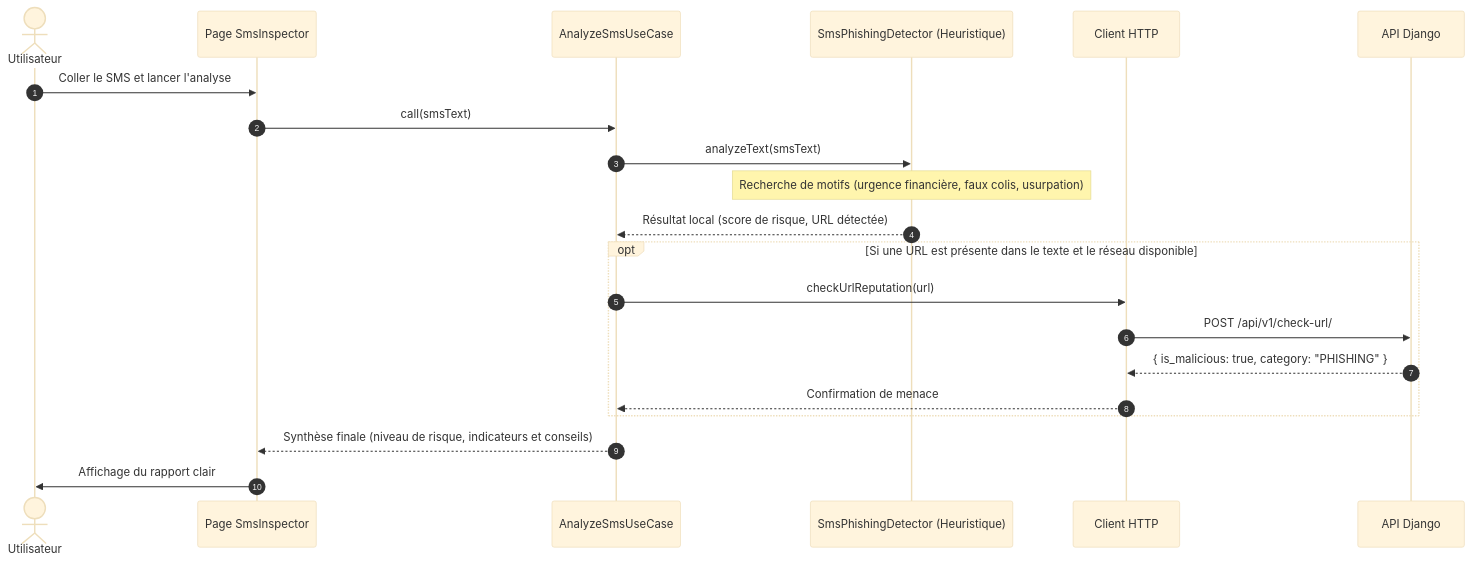
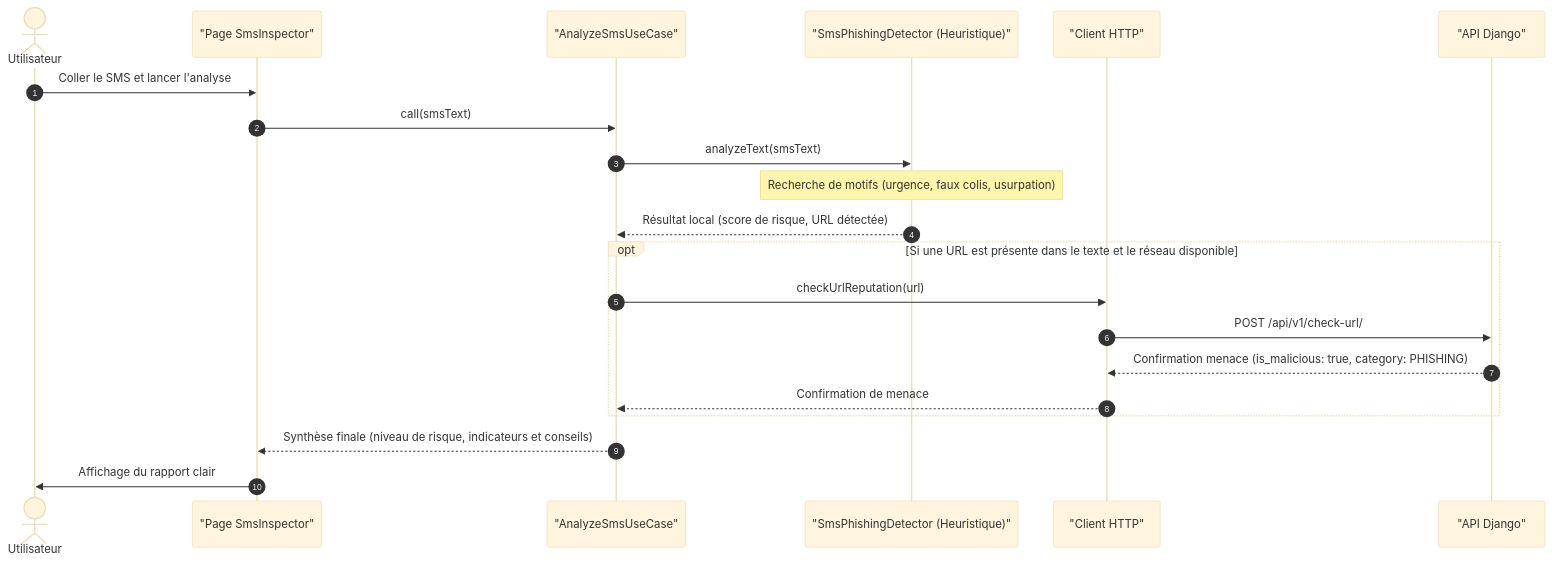
Before and after one commit to fadelilyas01/Projet_Synthese: the sixth of 7 diagrams in docs/ARCHITECTURE_ET_CONCEPTION.md, drawn with Mermaid (base theme). The commit also changed other lines of this file and 19 other files, not shown here.

````diff
--- a/docs/ARCHITECTURE_ET_CONCEPTION.md
+++ b/docs/ARCHITECTURE_ET_CONCEPTION.md
@@ -334,27 +337,27 @@
 ```mermaid
 sequenceDiagram
     autonumber
     actor Utilisateur as Utilisateur
-    participant UI as Page SmsInspector
-    participant UseCase as AnalyzeSmsUseCase
-    participant Detector as SmsPhishingDetector (Heuristique)
-    participant ApiService as Client HTTP
-    participant Backend as API Django
+    participant UI as "Page SmsInspector"
+    participant UseCase as "AnalyzeSmsUseCase"
+    participant Detector as "SmsPhishingDetector (Heuristique)"
+    participant ApiService as "Client HTTP"
+    participant Backend as "API Django"
 
     Utilisateur->>UI: Coller le SMS et lancer l'analyse
     UI->>UseCase: call(smsText)
     
     UseCase->>Detector: analyzeText(smsText)
-    Note over Detector: Recherche de motifs (urgence financière, faux colis, usurpation)
+    Note over Detector: Recherche de motifs (urgence, faux colis, usurpation)
     Detector-->>UseCase: Résultat local (score de risque, URL détectée)
     
     opt Si une URL est présente dans le texte et le réseau disponible
         UseCase->>ApiService: checkUrlReputation(url)
         ApiService->>Backend: POST /api/v1/check-url/
-        Backend-->>ApiService: { is_malicious: true, category: "PHISHING" }
+        Backend-->>ApiService: Confirmation menace (is_malicious: true, category: PHISHING)
         ApiService-->>UseCase: Confirmation de menace
     end
     
     UseCase-->>UI: Synthèse finale (niveau de risque, indicateurs et conseils)
     UI->>Utilisateur: Affichage du rapport clair
 ```
````
